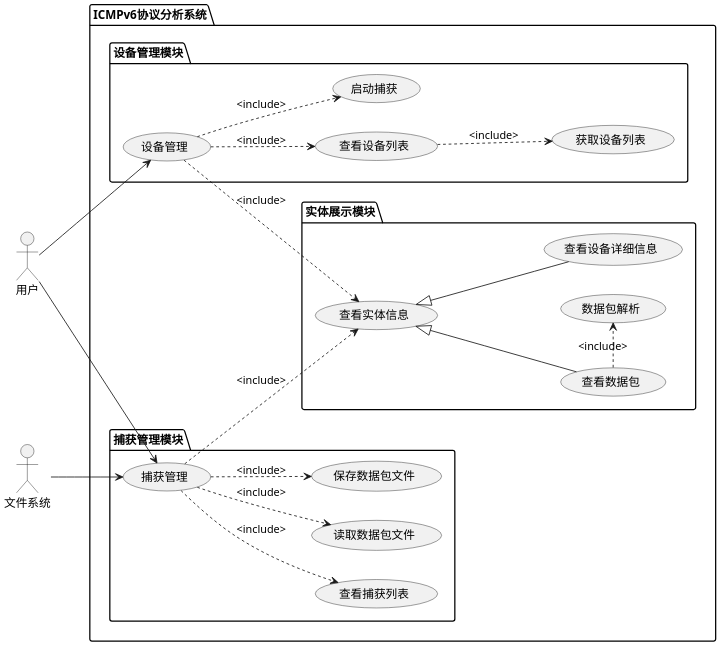
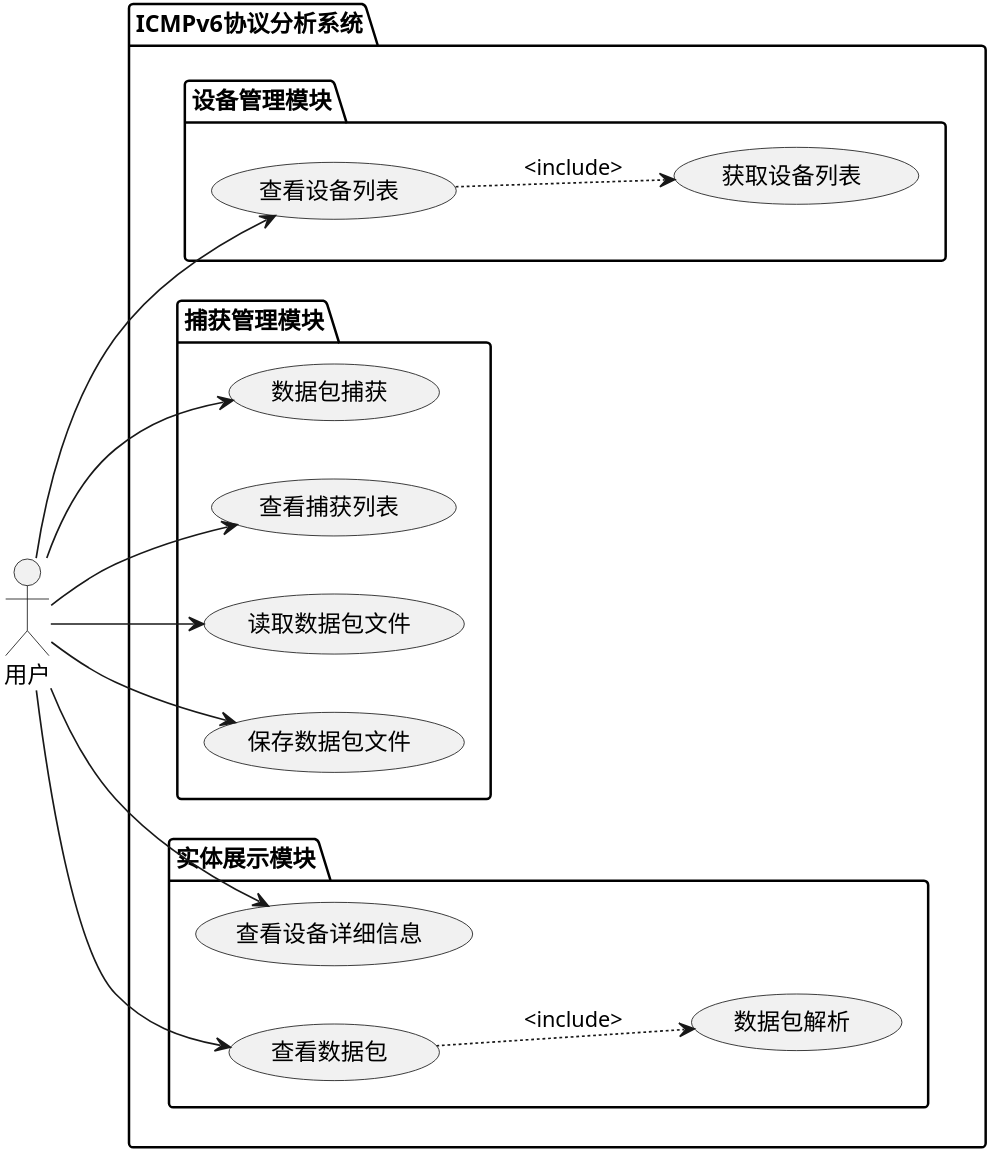
Before and after one commit to Baymax104/icmpv6-parser: the diagram in Icmpv6/doc/SystemUseCase.puml, drawn with PlantUML. The commit also changed 7 other files, not shown here.

```diff
--- a/Icmpv6/doc/SystemUseCase.puml
+++ b/Icmpv6/doc/SystemUseCase.puml
@@ -1,52 +1,42 @@
 @startuml
 'https://plantuml.com/use-case-diagram
 
-skinparam dpi 200
+skinparam dpi 400
 left to right direction
 
 actor 用户 as User
-actor 文件系统 as File
 
 package ICMPv6协议分析系统 {
     
     package 设备管理模块 {
-        usecase 设备管理 as device
         usecase 查看设备列表
         usecase 获取设备列表
-        usecase 启动捕获
     }
     
     package 捕获管理模块 {
-        usecase 捕获管理 as capture
+        usecase 数据包捕获
         usecase 查看捕获列表
         usecase 读取数据包文件
         usecase 保存数据包文件
     }
     
     package 实体展示模块 {
-        usecase 查看实体信息
         usecase 查看设备详细信息
         usecase 查看数据包
         usecase 数据包解析
     }
 }
 
-User --> device
-User --> capture
-File --> capture
+User --> 查看设备列表
+User --> 数据包捕获
+查看设备列表 ..> 获取设备列表: <include>
 
-device ..> 查看设备列表 :<include>
-device ..> 查看实体信息 :<include>
-device ..> 启动捕获 :<include>
-查看设备列表 ..> 获取设备列表 :<include>
+User --> 查看捕获列表
+User --> 读取数据包文件
+User --> 保存数据包文件
+查看数据包 ..> 数据包解析 :<include>
 
-capture ..> 查看捕获列表 :<include>
-capture ..> 查看实体信息 :<include>
-capture ..> 读取数据包文件 :<include>
-capture ..> 保存数据包文件 :<include>
-查看数据包 .right.> 数据包解析 :<include>
-
-查看设备详细信息 -up-|> 查看实体信息
-查看数据包 -up-|> 查看实体信息
+User --> 查看设备详细信息
+User --> 查看数据包
 
 @enduml
```
